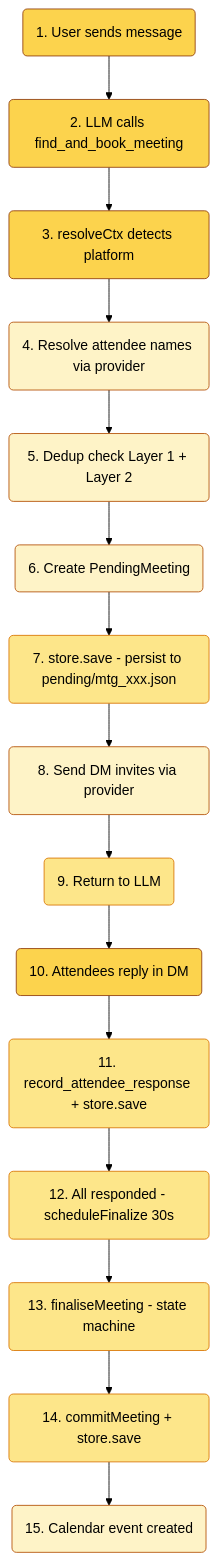
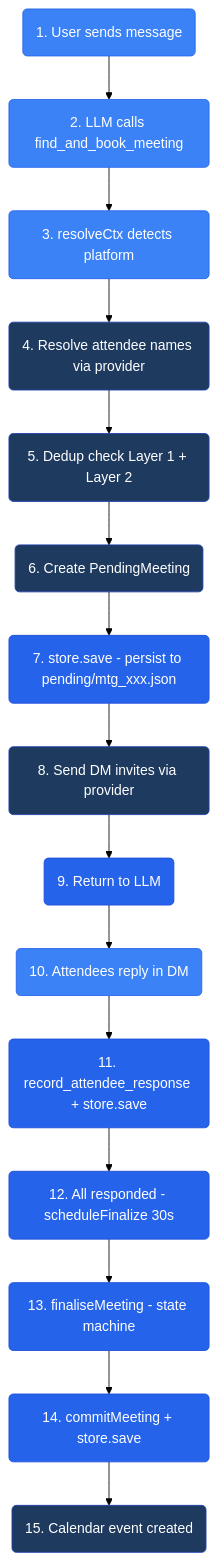
The ninth of 13 diagrams in README.md (javana3/claw_meeting_all), drawn with Mermaid (forest theme) before and after one commit. The commit also changed other lines of this file, not shown here.

Commit message:
Modernize diagrams with blue tech color scheme

````diff
--- a/README.md
+++ b/README.md
@@ -348,34 +348,34 @@
 ```mermaid
 graph TD
     A(1. User sends message) --> B(2. LLM calls find_and_book_meeting)
     B --> C(3. resolveCtx detects platform)
     C --> D(4. Resolve attendee names via provider)
     D --> E(5. Dedup check Layer 1 + Layer 2)
     E --> F(6. Create PendingMeeting)
     F --> G(7. store.save - persist to pending/mtg_xxx.json)
     G --> H(8. Send DM invites via provider)
     H --> I(9. Return to LLM)
 
     I --> J(10. Attendees reply in DM)
     J --> K(11. record_attendee_response + store.save)
     K --> L(12. All responded - scheduleFinalize 30s)
     L --> M(13. finaliseMeeting - state machine)
     M --> N(14. commitMeeting + store.save)
     N --> O(15. Calendar event created)
 
-style G fill:#fde68a,stroke:#d97706,color:#000
-    style K fill:#fde68a,stroke:#d97706,color:#000
-    style N fill:#fde68a,stroke:#d97706,color:#000
-    style A fill:#fcd34d,stroke:#92400e,color:#000
-    style B fill:#fcd34d,stroke:#92400e,color:#000
-    style C fill:#fcd34d,stroke:#92400e,color:#000
-    style D fill:#fef3c7,stroke:#b45309,color:#000
-    style E fill:#fef3c7,stroke:#b45309,color:#000
-    style F fill:#fef3c7,stroke:#b45309,color:#000
-    style H fill:#fef3c7,stroke:#b45309,color:#000
-    style I fill:#fde68a,stroke:#d97706,color:#000
-    style J fill:#fcd34d,stroke:#92400e,color:#000
-    style L fill:#fde68a,stroke:#d97706,color:#000
-    style M fill:#fde68a,stroke:#d97706,color:#000
-    style O fill:#fef3c7,stroke:#b45309,color:#000
+style G fill:#2563eb,stroke:#1d4ed8,color:#fff
+    style K fill:#2563eb,stroke:#1d4ed8,color:#fff
+    style N fill:#2563eb,stroke:#1d4ed8,color:#fff
+    style A fill:#3b82f6,stroke:#2563eb,color:#fff
+    style B fill:#3b82f6,stroke:#2563eb,color:#fff
+    style C fill:#3b82f6,stroke:#2563eb,color:#fff
+    style D fill:#1e3a5f,stroke:#1e40af,color:#fff
+    style E fill:#1e3a5f,stroke:#1e40af,color:#fff
+    style F fill:#1e3a5f,stroke:#1e40af,color:#fff
+    style H fill:#1e3a5f,stroke:#1e40af,color:#fff
+    style I fill:#2563eb,stroke:#1d4ed8,color:#fff
+    style J fill:#3b82f6,stroke:#2563eb,color:#fff
+    style L fill:#2563eb,stroke:#1d4ed8,color:#fff
+    style M fill:#2563eb,stroke:#1d4ed8,color:#fff
+    style O fill:#1e3a5f,stroke:#1e40af,color:#fff
 ```
````
